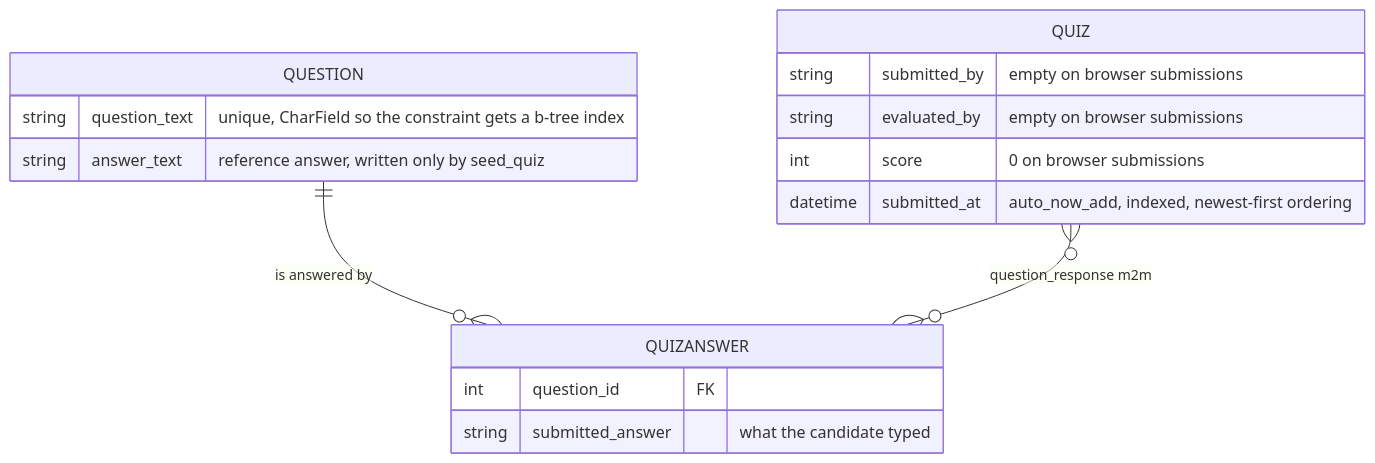
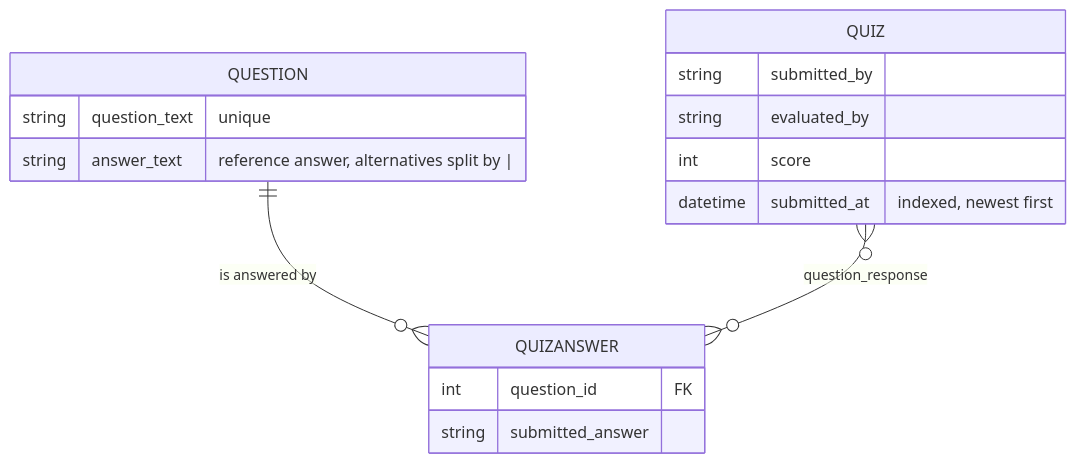
The second of 2 diagrams in README.md (devm29/quiz-evaluator-app), drawn with Mermaid before and after one commit. The commit also changed other lines of this file and 15 other files, not shown here.

````diff
--- a/README.md
+++ b/README.md
@@ -114,20 +176,20 @@
 ```mermaid
 erDiagram
     QUESTION ||--o{ QUIZANSWER : "is answered by"
-    QUIZ }o--o{ QUIZANSWER : "question_response m2m"
+    QUIZ }o--o{ QUIZANSWER : "question_response"
 
     QUESTION {
-        string question_text "unique, CharField so the constraint gets a b-tree index"
-        string answer_text "reference answer, written only by seed_quiz"
+        string question_text "unique"
+        string answer_text "reference answer, alternatives split by |"
     }
     QUIZANSWER {
         int question_id FK
-        string submitted_answer "what the candidate typed"
+        string submitted_answer
     }
     QUIZ {
-        string submitted_by "empty on browser submissions"
-        string evaluated_by "empty on browser submissions"
-        int score "0 on browser submissions"
-        datetime submitted_at "auto_now_add, indexed, newest-first ordering"
+        string submitted_by
+        string evaluated_by
+        int score
+        datetime submitted_at "indexed, newest first"
     }
 ```
````
